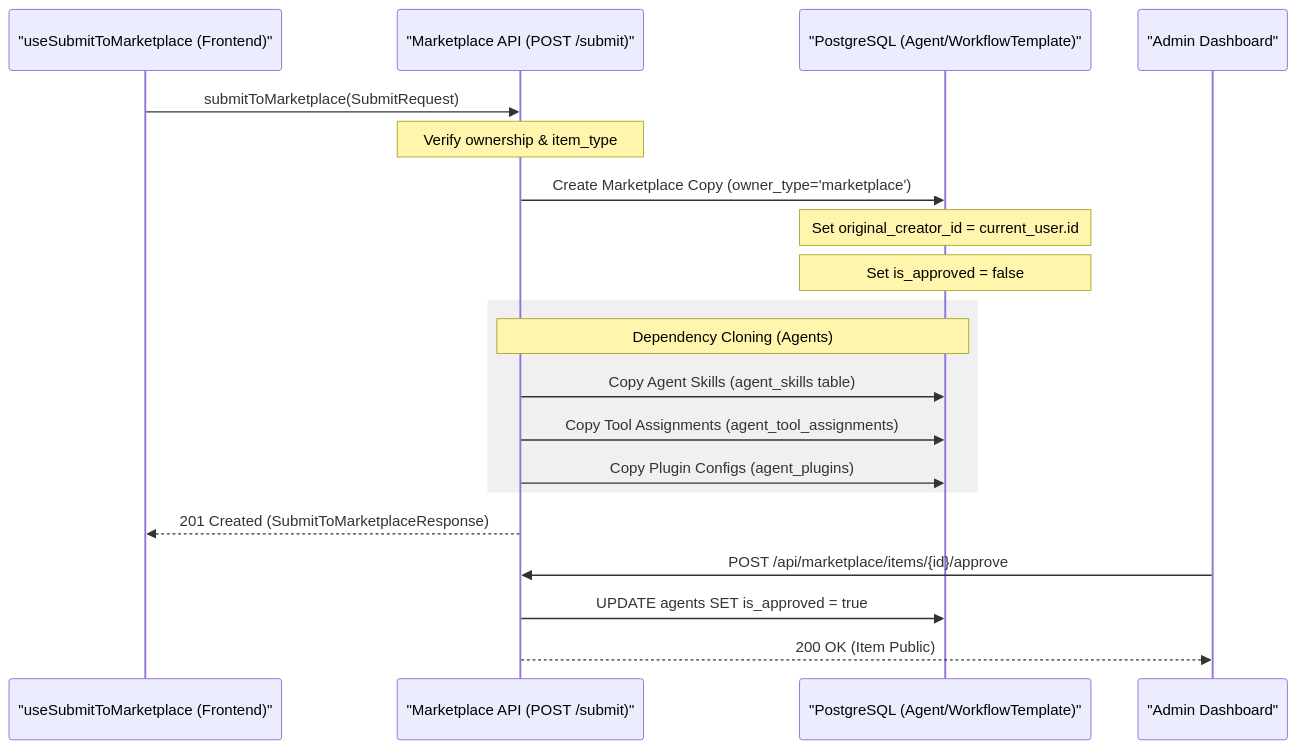
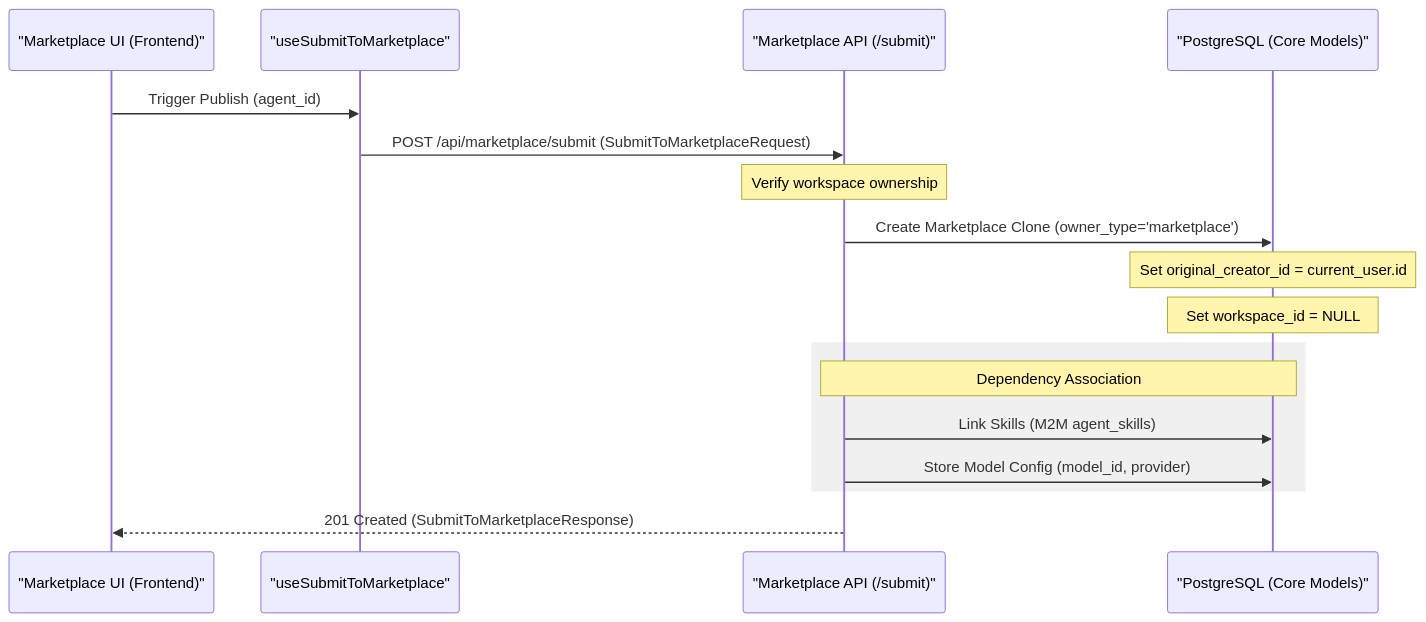
One commit to AutomatosAI/automatos-ai changed the first of 2 diagrams in docs/community-marketplace/publishing-to-marketplace.md. Above: the diagram before and after it, drawn with Mermaid. The commit also changed other lines of this file and 153 other files, not shown here.

````diff
--- a/docs/community-marketplace/publishing-to-marketplace.md
+++ b/docs/community-marketplace/publishing-to-marketplace.md
@@ -48,27 +50,23 @@
 ```mermaid
 sequenceDiagram
-    participant User as "useSubmitToMarketplace (Frontend)"
-    participant API as "Marketplace API (POST /submit)"
-    participant DB as "PostgreSQL (Agent/WorkflowTemplate)"
-    participant Admin as "Admin Dashboard"
+    participant UI as "Marketplace UI (Frontend)"
+    participant Hook as "useSubmitToMarketplace"
+    participant API as "Marketplace API (/submit)"
+    participant DB as "PostgreSQL (Core Models)"
 
-    User->>API: submitToMarketplace(SubmitRequest)
-    Note over API: Verify ownership & item_type
+    UI->>Hook: Trigger Publish (agent_id)
+    Hook->>API: POST /api/marketplace/submit (SubmitToMarketplaceRequest)
+    Note over API: Verify workspace ownership
     
-    API->>DB: Create Marketplace Copy (owner_type='marketplace')
+    API->>DB: Create Marketplace Clone (owner_type='marketplace')
     Note over DB: Set original_creator_id = current_user.id
-    Note over DB: Set is_approved = false
+    Note over DB: Set workspace_id = NULL
     
     rect rgb(240, 240, 240)
-    Note over API, DB: Dependency Cloning (Agents)
-    API->>DB: Copy Agent Skills (agent_skills table)
-    API->>DB: Copy Tool Assignments (agent_tool_assignments)
-    API->>DB: Copy Plugin Configs (agent_plugins)
+    Note over API, DB: Dependency Association
+    API->>DB: Link Skills (M2M agent_skills)
+    API->>DB: Store Model Config (model_id, provider)
     end
 
-    API-->>User: 201 Created (SubmitToMarketplaceResponse)
-    
-    Admin->>API: POST /api/marketplace/items/{id}/approve
-    API->>DB: UPDATE agents SET is_approved = true
-    API-->>Admin: 200 OK (Item Public)
+    API-->>UI: 201 Created (SubmitToMarketplaceResponse)
 ```
````
